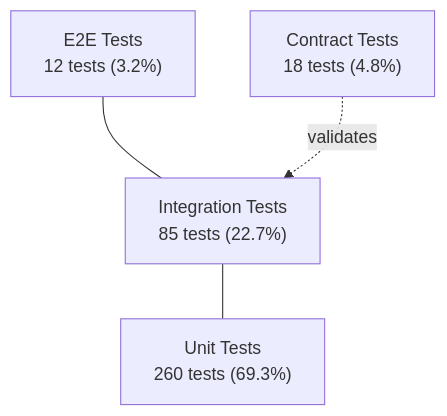
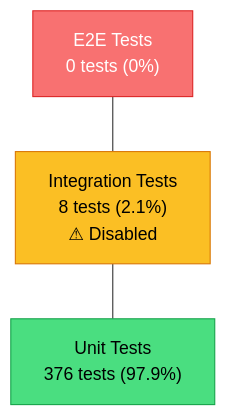
Before and after one commit to huya-an/claude-plugin--doc-gen: the first of 2 diagrams in skills/doc-testing/SKILL.md, drawn with Mermaid. The commit also changed other lines of this file, not shown here.

````diff
--- a/skills/doc-testing/SKILL.md
+++ b/skills/doc-testing/SKILL.md
@@ -41,12 +86,13 @@
 ```mermaid
 flowchart TD
-    e2e["E2E Tests<br/>12 tests (3.2%)"]
-    integration["Integration Tests<br/>85 tests (22.7%)"]
-    unit["Unit Tests<br/>260 tests (69.3%)"]
-    contract["Contract Tests<br/>18 tests (4.8%)"]
+    e2e["E2E Tests<br/>0 tests (0%)"]
+    integration["Integration Tests<br/>8 tests (2.1%)<br/>⚠ Disabled"]
+    unit["Unit Tests<br/>376 tests (97.9%)"]
 
     e2e --- integration
     integration --- unit
 
-    contract -.->|"validates"| integration
+    style e2e fill:#f87171,stroke:#dc2626,color:#fff
+    style integration fill:#fbbf24,stroke:#d97706,color:#000
+    style unit fill:#4ade80,stroke:#16a34a,color:#000
 ```
````
